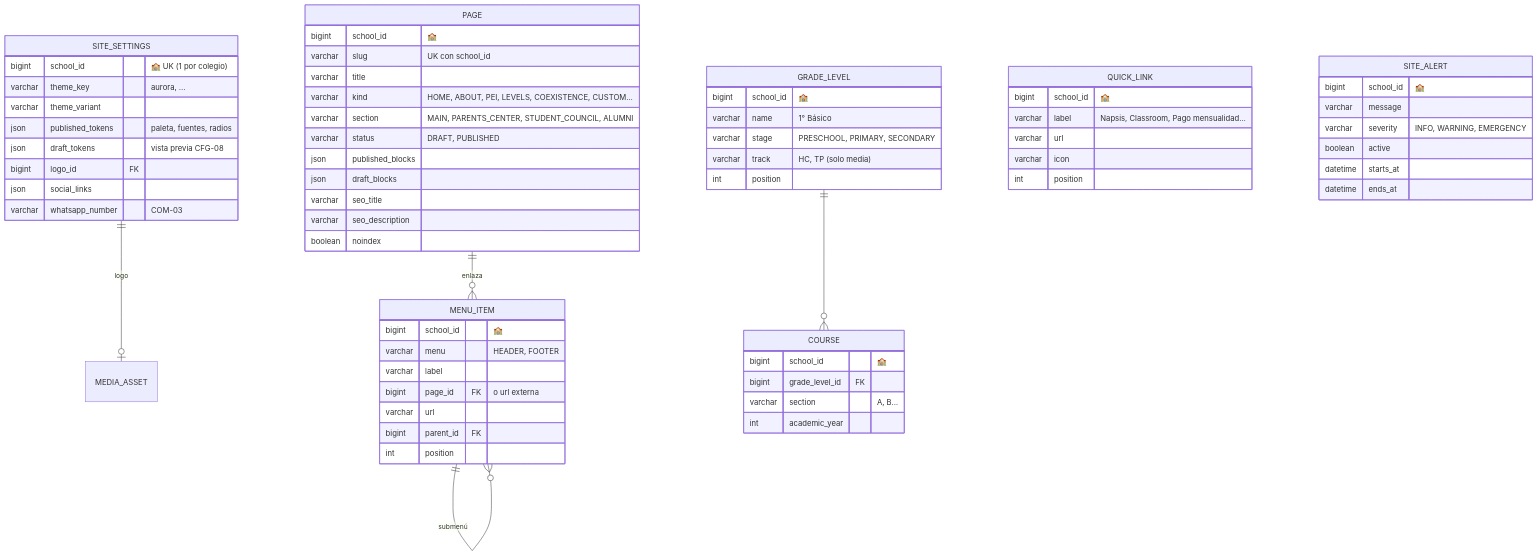
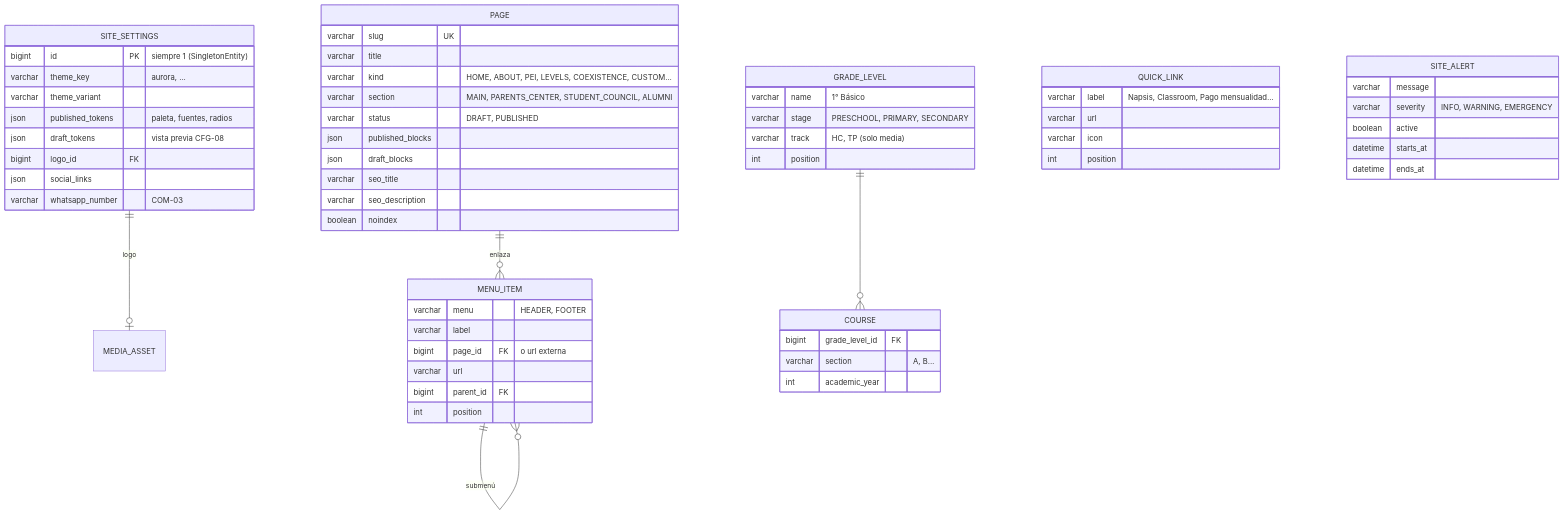
Before and after one commit to InformaticaBeerCat/colegio-saas: the second of 6 diagrams in docs/domain-model.md, drawn with Mermaid. The commit also changed other lines of this file and 22 other files, not shown here.

````diff
--- a/docs/domain-model.md
+++ b/docs/domain-model.md
@@ -69,68 +61,62 @@
 ```mermaid
 erDiagram
     SITE_SETTINGS ||--o| MEDIA_ASSET : "logo"
     PAGE ||--o{ MENU_ITEM : "enlaza"
     MENU_ITEM ||--o{ MENU_ITEM : "submenú"
     GRADE_LEVEL ||--o{ COURSE : ""
 
     SITE_SETTINGS {
-        bigint school_id "🏫 UK (1 por colegio)"
+        bigint id PK "siempre 1 (SingletonEntity)"
         varchar theme_key "aurora, ..."
         varchar theme_variant
         json published_tokens "paleta, fuentes, radios"
         json draft_tokens "vista previa CFG-08"
         bigint logo_id FK
         json social_links
         varchar whatsapp_number "COM-03"
     }
     PAGE {
-        bigint school_id "🏫"
-        varchar slug "UK con school_id"
+        varchar slug UK
         varchar title
         varchar kind "HOME, ABOUT, PEI, LEVELS, COEXISTENCE, CUSTOM…"
         varchar section "MAIN, PARENTS_CENTER, STUDENT_COUNCIL, ALUMNI"
         varchar status "DRAFT, PUBLISHED"
         json published_blocks
         json draft_blocks
         varchar seo_title
         varchar seo_description
         boolean noindex
     }
     MENU_ITEM {
-        bigint school_id "🏫"
         varchar menu "HEADER, FOOTER"
         varchar label
         bigint page_id FK "o url externa"
         varchar url
         bigint parent_id FK
         int position
     }
     QUICK_LINK {
-        bigint school_id "🏫"
         varchar label "Napsis, Classroom, Pago mensualidad…"
         varchar url
         varchar icon
         int position
     }
     SITE_ALERT {
-        bigint school_id "🏫"
         varchar message
         varchar severity "INFO, WARNING, EMERGENCY"
         boolean active
         datetime starts_at
         datetime ends_at
     }
     GRADE_LEVEL {
-        bigint school_id "🏫"
         varchar name "1° Básico"
         varchar stage "PRESCHOOL, PRIMARY, SECONDARY"
         varchar track "HC, TP (solo media)"
         int position
     }
     COURSE {
-        bigint school_id "🏫"
         bigint grade_level_id FK
         varchar section "A, B…"
         int academic_year
     }
 ```
````
